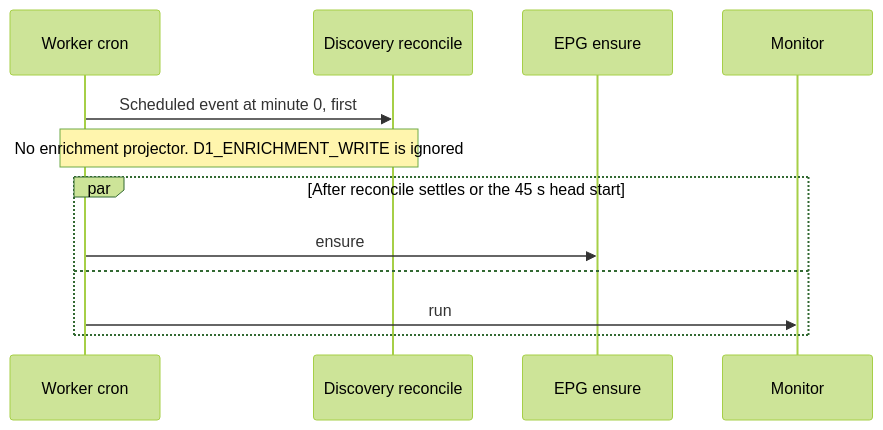
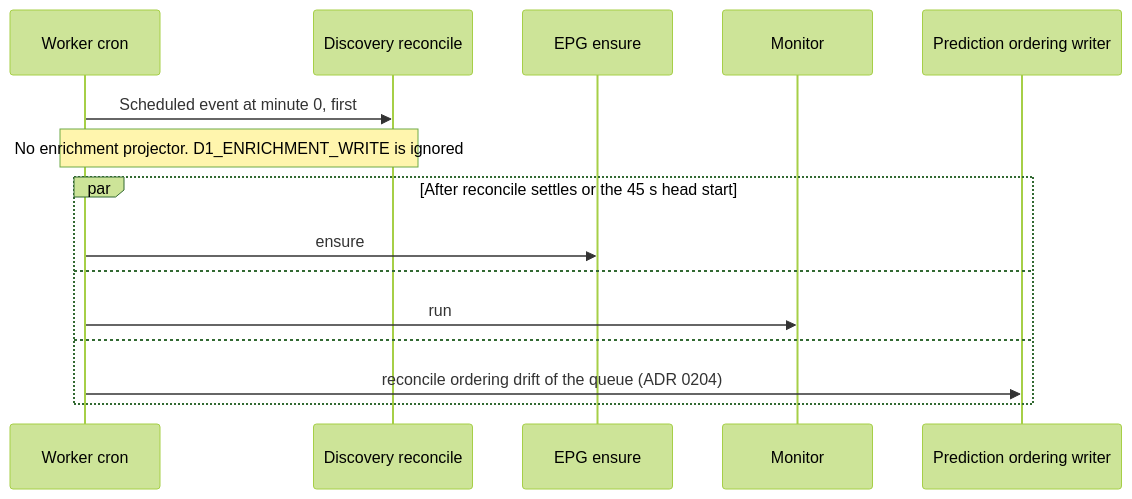
Before and after one commit to vladimino/iptv-watchlist: the fourth of 15 diagrams in docs/architecture/scheduling-and-orchestration.md, drawn with Mermaid (forest theme). The commit also changed other lines of this file and 29 other files, not shown here.

First line of the commit message:
AIR-588: shorten and lighten the Task batch_start (A1 probe/lease reuse, A2 ordering writer, C compact envelope) (#964)

````diff
--- a/docs/architecture/scheduling-and-orchestration.md
+++ b/docs/architecture/scheduling-and-orchestration.md
@@ -128,14 +128,17 @@
 ```mermaid
 sequenceDiagram
     participant Cron as Worker cron
     participant Discovery as Discovery reconcile
     participant Epg as EPG ensure
     participant Monitor as Monitor
+    participant Ordering as Prediction ordering writer
     Cron->>Discovery: Scheduled event at minute 0, first
     Note over Cron,Discovery: No enrichment projector. D1_ENRICHMENT_WRITE is ignored
     par After reconcile settles or the 45 s head start
         Cron->>Epg: ensure
     and
         Cron->>Monitor: run
+    and
+        Cron->>Ordering: reconcile ordering drift of the queue (ADR 0204)
     end
 ```
````
